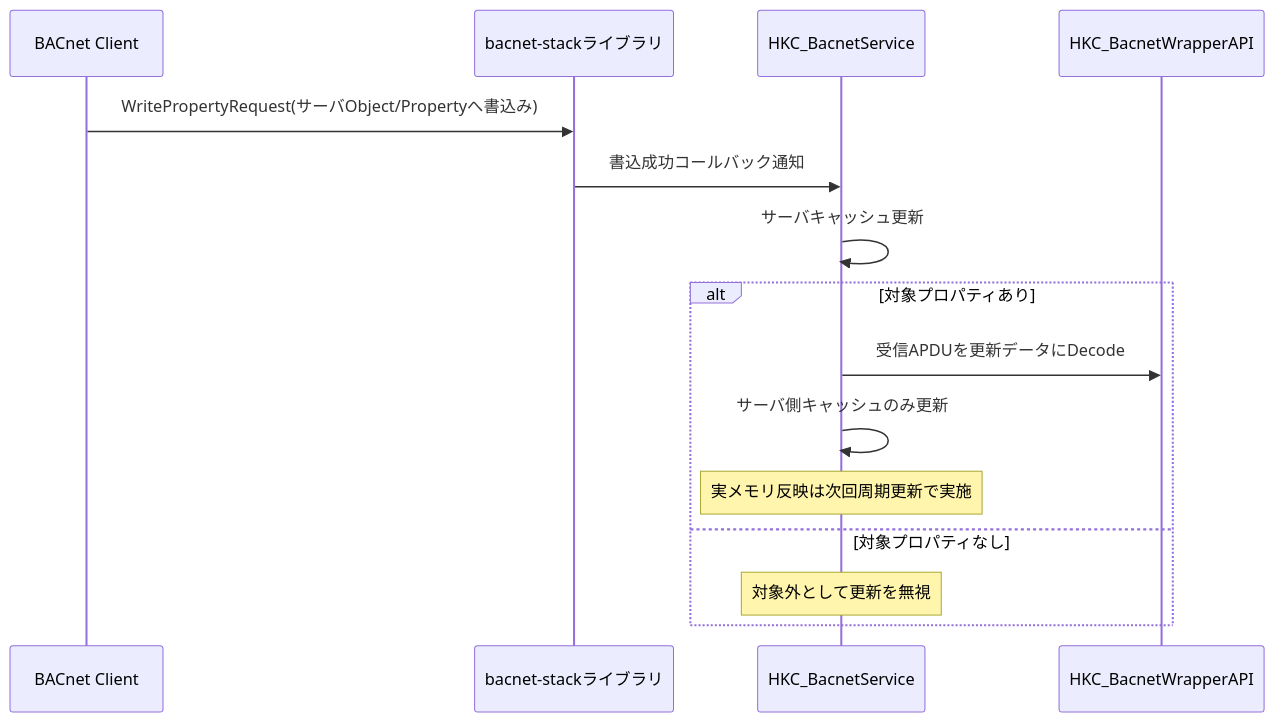
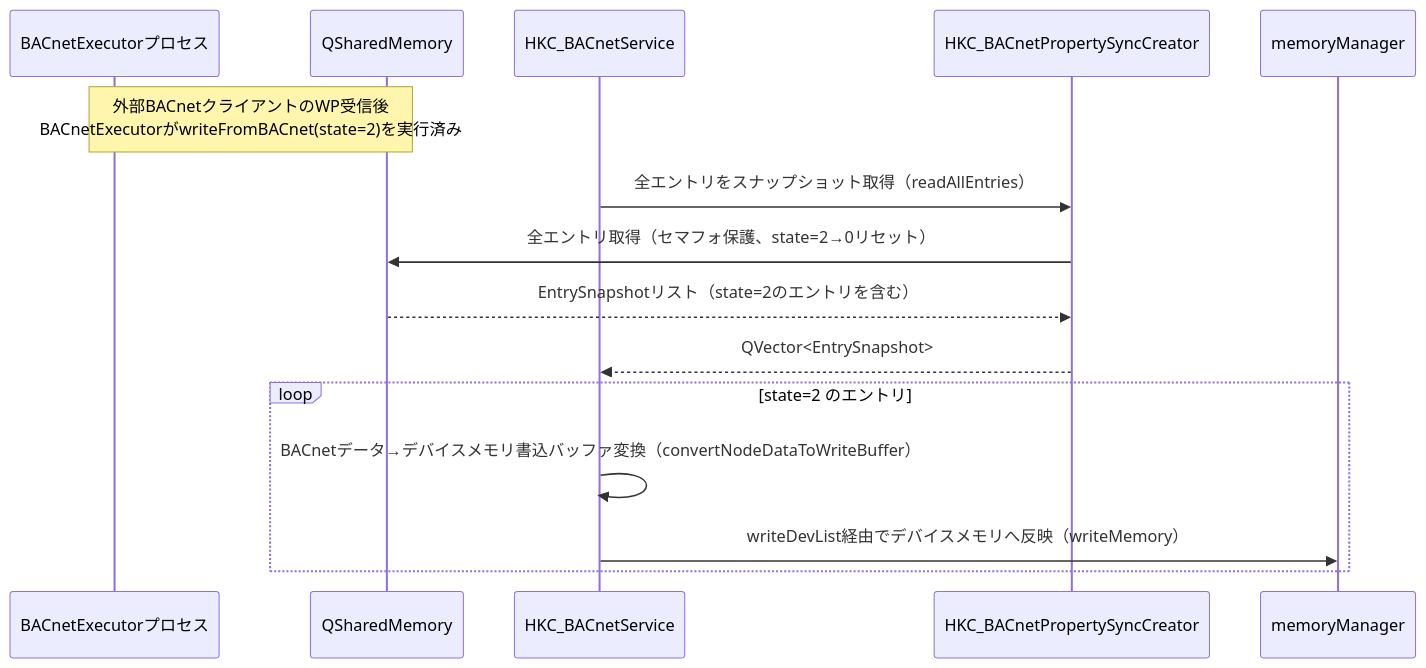
One commit to moto046/markdown-test changed the ninth of 19 diagrams in bacnet.md. Above: the diagram before and after it, drawn with Mermaid. The commit also changed other lines of this file, not shown here.

````diff
--- a/bacnet.md
+++ b/bacnet.md
@@ -353,19 +530,20 @@
 ```mermaid
 sequenceDiagram
-  participant Client as BACnet Client
-  participant Lib as bacnet-stackライブラリ
-  participant Svc as HKC_BacnetService
-  participant Wrap as HKC_BacnetWrapperAPI
+  participant Exec as BACnetExecutorプロセス
+  participant SharedMem as QSharedMemory
+  participant Svc as HKC_BACnetService
+  participant Creator as HKC_BACnetPropertySyncCreator
+  participant MM as memoryManager
 
-  Client->>Lib: WritePropertyRequest(サーバObject/Propertyへ書込み)
-  Lib->>Svc: 書込成功コールバック通知
-  Svc->>Svc: サーバキャッシュ更新
+  Note over Exec,SharedMem: 外部BACnetクライアントのWP受信後<br/>BACnetExecutorがwriteFromBACnet(state=2)を実行済み
 
-  alt 対象プロパティあり
-    Svc->>Wrap: 受信APDUを更新データにDecode
-    Svc->>Svc: サーバ側キャッシュのみ更新
-    Note over Svc: 実メモリ反映は次回周期更新で実施
-  else 対象プロパティなし
-    Note over Svc: 対象外として更新を無視
+  Svc->>Creator: 全エントリをスナップショット取得（readAllEntries）
+  Creator->>SharedMem: 全エントリ取得（セマフォ保護、state=2→0リセット）
+  SharedMem-->>Creator: EntrySnapshotリスト（state=2のエントリを含む）
+  Creator-->>Svc: QVector<EntrySnapshot>
+
+  loop state=2 のエントリ
+    Svc->>Svc: BACnetデータ→デバイスメモリ書込バッファ変換（convertNodeDataToWriteBuffer）
+    Svc->>MM: writeDevList経由でデバイスメモリへ反映（writeMemory）
   end
 ```
````
